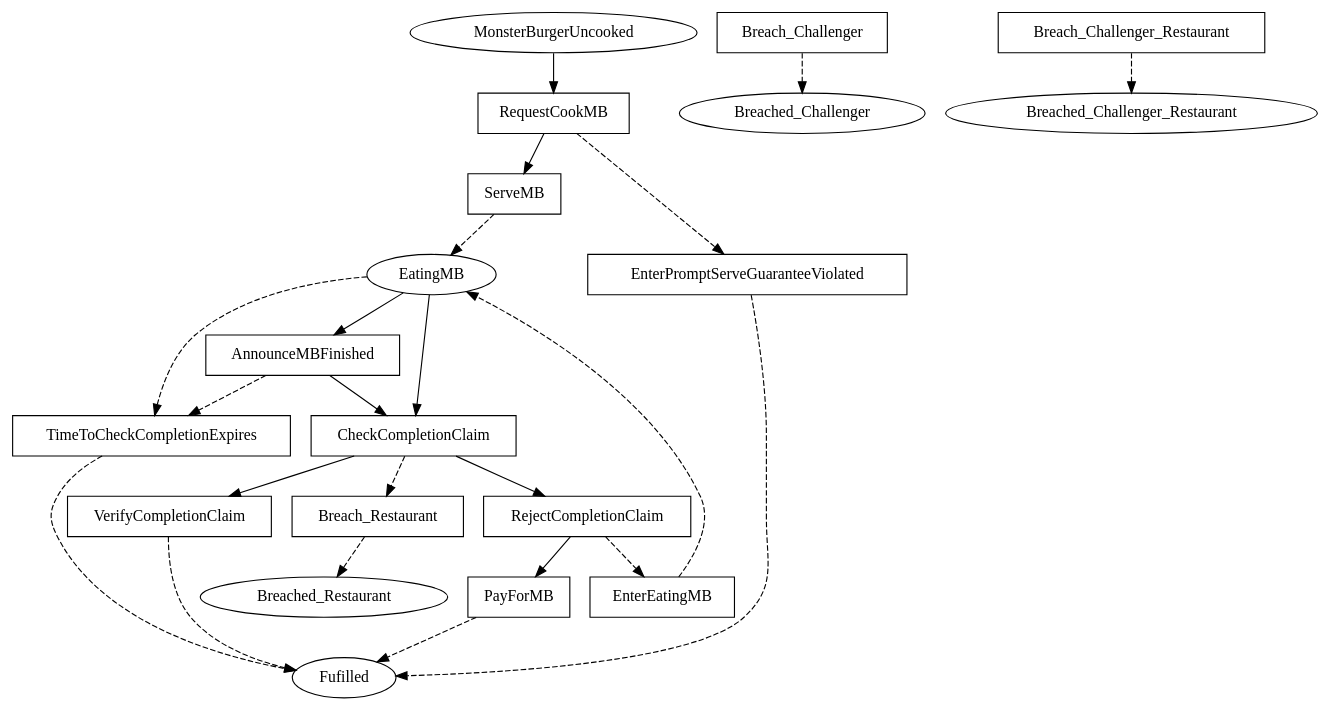
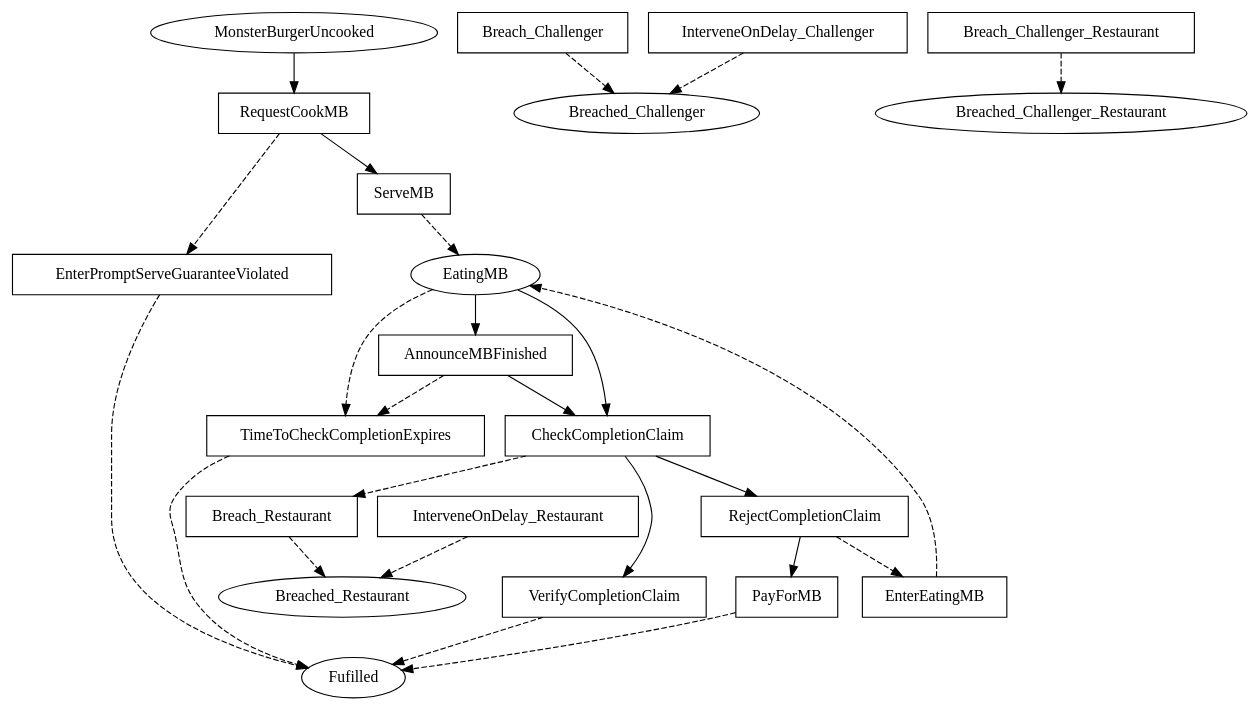
Before and after one commit to Marcao02/complaw-deeptech: the diagram in linear_state_machine_language/pyL4/examples/out_graphviz/toy_and_teaching/monster_burger_program_only.dot, drawn with Graphviz. The commit also changed 71 other files, not shown here.

Commit message:
eliminate `discretionary` and `should` keywords and introduce `Arbiter` Role and `interveneOnDelay` actions

```diff
--- a/linear_state_machine_language/pyL4/examples/out_graphviz/toy_and_teaching/monster_burger_program_only.dot
+++ b/linear_state_machine_language/pyL4/examples/out_graphviz/toy_and_teaching/monster_burger_program_only.dot
@@ -1,54 +1,58 @@
 // THIS IS A GENERATED FILE. DO NOT EDIT.
 
 digraph Monster_Burger {    
     Fulfilled[label=Fufilled];
     MonsterBurgerUncooked[label=MonsterBurgerUncooked];
 	EatingMB[label=EatingMB];
 	Breached_Restaurant[label=Breached_Restaurant];
 	Breached_Challenger[label=Breached_Challenger];
 	Breached_Challenger_Restaurant[label=Breached_Challenger_Restaurant]
     
      
     RequestCookMB[label=RequestCookMB,shape=box];
 	ServeMB[label=ServeMB,shape=box];
 	EnterPromptServeGuaranteeViolated[label=EnterPromptServeGuaranteeViolated,shape=box];
 	EnterEatingMB[label=EnterEatingMB,shape=box];
 	AnnounceMBFinished[label=AnnounceMBFinished,shape=box];
 	TimeToCheckCompletionExpires[label=TimeToCheckCompletionExpires,shape=box];
 	CheckCompletionClaim[label=CheckCompletionClaim,shape=box];
 	RejectCompletionClaim[label=RejectCompletionClaim,shape=box];
 	PayForMB[label=PayForMB,shape=box];
 	VerifyCompletionClaim[label=VerifyCompletionClaim,shape=box];
 	Breach_Restaurant[label=Breach_Restaurant,shape=box];
 	Breach_Challenger[label=Breach_Challenger,shape=box];
-	Breach_Challenger_Restaurant[label=Breach_Challenger_Restaurant,shape=box]    
+	Breach_Challenger_Restaurant[label=Breach_Challenger_Restaurant,shape=box];
+	InterveneOnDelay_Challenger[label=InterveneOnDelay_Challenger,shape=box];
+	InterveneOnDelay_Restaurant[label=InterveneOnDelay_Restaurant,shape=box]    
     
     
     
     MonsterBurgerUncooked -> RequestCookMB;
 	RequestCookMB -> ServeMB;
 	RequestCookMB -> EnterPromptServeGuaranteeViolated [style=dashed];
 	EatingMB -> AnnounceMBFinished;
 	EatingMB -> CheckCompletionClaim;
 	EatingMB -> TimeToCheckCompletionExpires [style=dashed];
 	AnnounceMBFinished -> CheckCompletionClaim;
 	AnnounceMBFinished -> TimeToCheckCompletionExpires [style=dashed];
 	CheckCompletionClaim -> VerifyCompletionClaim;
 	CheckCompletionClaim -> RejectCompletionClaim;
 	CheckCompletionClaim -> Breach_Restaurant [style=dashed];
 	RejectCompletionClaim -> EnterEatingMB [style=dashed];
 	RejectCompletionClaim -> PayForMB
     
     ServeMB -> EatingMB [style=dashed];
 	EnterPromptServeGuaranteeViolated -> Fulfilled [style=dashed];
 	EnterEatingMB -> EatingMB [style=dashed];
 	TimeToCheckCompletionExpires -> Fulfilled [style=dashed];
 	PayForMB -> Fulfilled [style=dashed];
 	VerifyCompletionClaim -> Fulfilled [style=dashed];
 	Breach_Restaurant -> Breached_Restaurant [style=dashed];
 	Breach_Challenger -> Breached_Challenger [style=dashed];
 	Breach_Challenger_Restaurant -> Breached_Challenger_Restaurant [style=dashed];
+	InterveneOnDelay_Challenger -> Breached_Challenger [style=dashed];
+	InterveneOnDelay_Restaurant -> Breached_Restaurant [style=dashed];
 	     
     
        
 }
```
